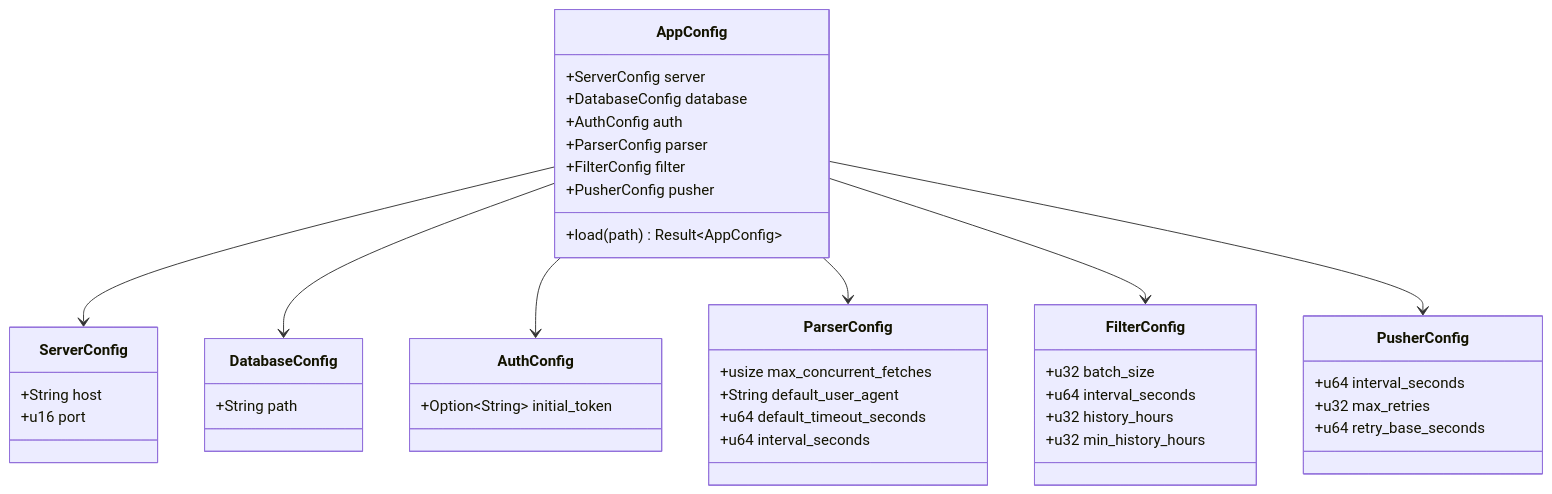
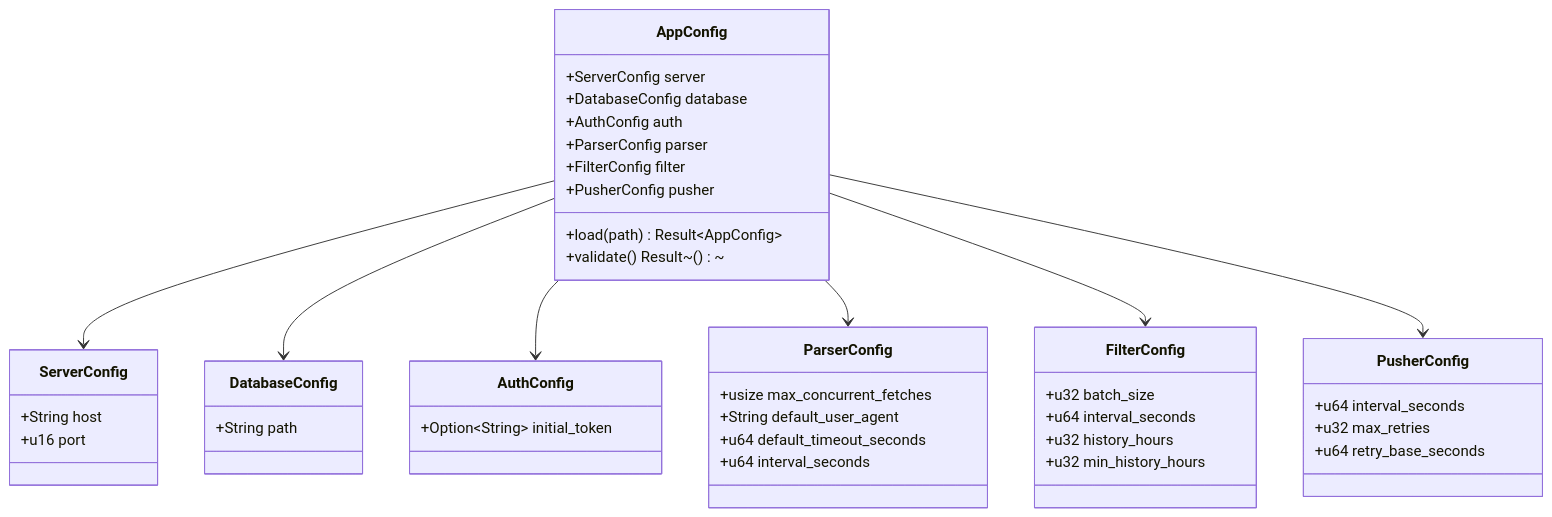
One commit to leimu-hue/AI-Trend-Tool changed the second of 13 diagrams in .qoder/repowiki/zh/content/核心模块详解/后端项目脚手架规范.md. Above: the diagram before and after it, drawn with Mermaid. The commit also changed other lines of this file and 22 other files, not shown here.

````diff
--- a/.qoder/repowiki/zh/content/核心模块详解/后端项目脚手架规范.md
+++ b/.qoder/repowiki/zh/content/核心模块详解/后端项目脚手架规范.md
@@ -101,45 +109,46 @@
 ```mermaid
 classDiagram
 class AppConfig {
 +ServerConfig server
 +DatabaseConfig database
 +AuthConfig auth
 +ParserConfig parser
 +FilterConfig filter
 +PusherConfig pusher
 +load(path) Result~AppConfig~
++validate() Result~()~
 }
 class ServerConfig {
 +String host
 +u16 port
 }
 class DatabaseConfig {
 +String path
 }
 class AuthConfig {
 +Option~String~ initial_token
 }
 class ParserConfig {
 +usize max_concurrent_fetches
 +String default_user_agent
 +u64 default_timeout_seconds
 +u64 interval_seconds
 }
 class FilterConfig {
 +u32 batch_size
 +u64 interval_seconds
 +u32 history_hours
 +u32 min_history_hours
 }
 class PusherConfig {
 +u64 interval_seconds
 +u32 max_retries
 +u64 retry_base_seconds
 }
 AppConfig --> ServerConfig
 AppConfig --> DatabaseConfig
 AppConfig --> AuthConfig
 AppConfig --> ParserConfig
 AppConfig --> FilterConfig
 AppConfig --> PusherConfig
 ```
````
